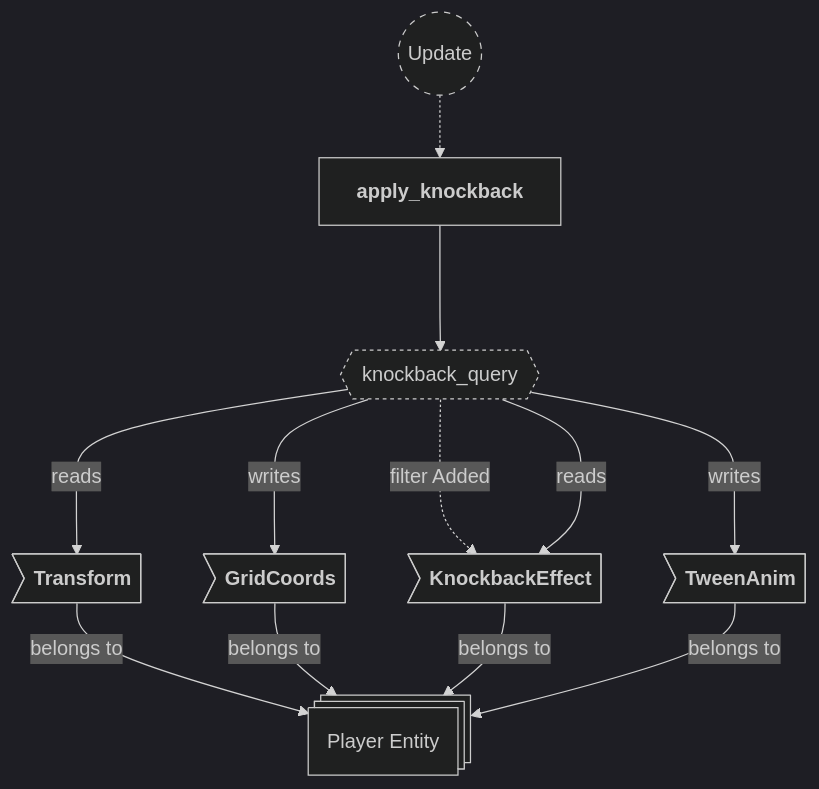
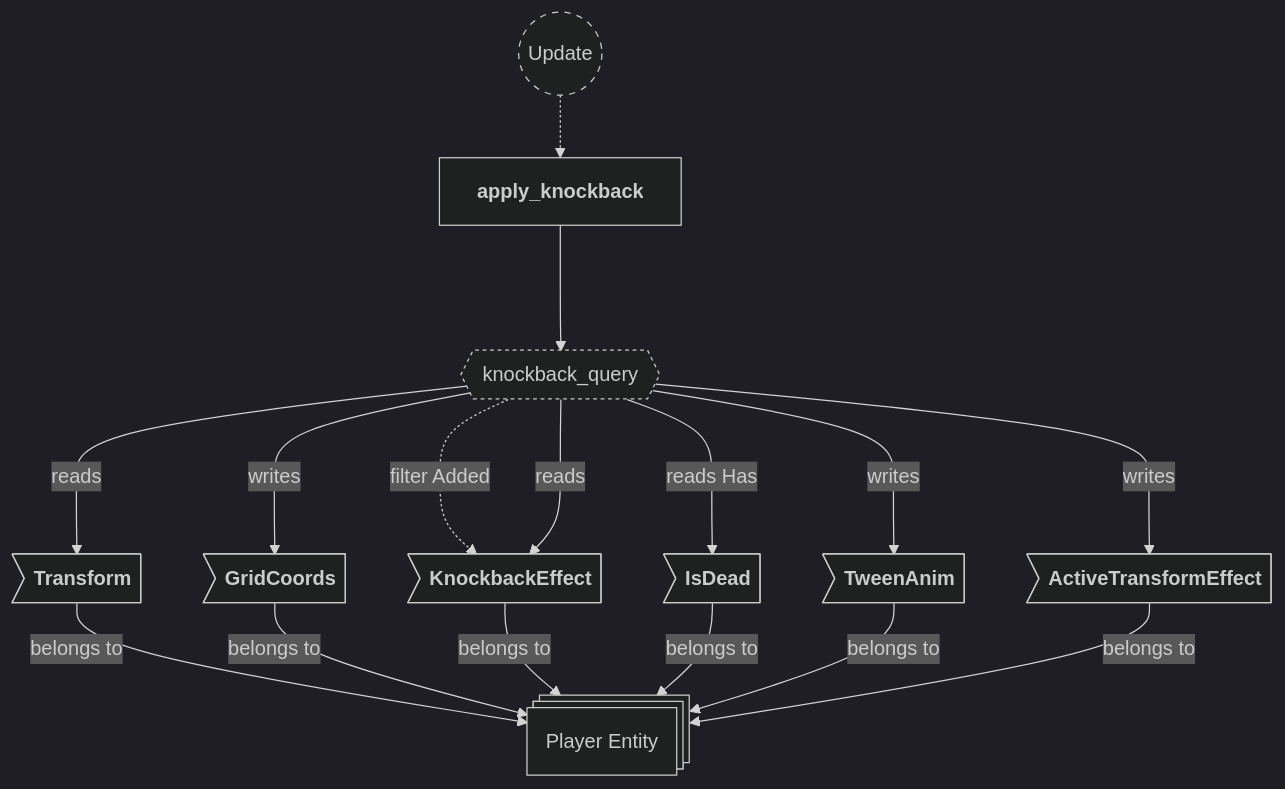
The first of 25 diagrams in backlog/docs/doc-10 - 008-Effects-plugin.md (neurosoup/tyled), drawn with Mermaid before and after one commit. The commit also changed other lines of this file and 14 other files, not shown here.

First line of the commit message:
Add beam-origin illumination and fix knockback transform-effect race

````diff
--- a/backlog/docs/doc-10 - 008-Effects-plugin.md
+++ b/backlog/docs/doc-10 - 008-Effects-plugin.md
@@ -82,31 +146,35 @@
 ```mermaid
 ---
 config:
   theme: dark
 ---
 
 flowchart TD
 classDef system-group stroke-dasharray: 5 5
 classDef query stroke-dasharray: 3 3
 
 update(("`Update`")):::system-group
 apply_knockback["`**apply_knockback**`"]
 
 update -.-> apply_knockback
 
 knockback_query{{"`knockback_query`"}}:::query
 apply_knockback ---> knockback_query
 
 player_entity@{ shape: st-rect, label: "Player Entity" }
 
 pe_transform>"`**Transform**`"] --> |belongs to| player_entity
 pe_coords>"`**GridCoords**`"] --> |belongs to| player_entity
 pe_knockback>"`**KnockbackEffect**`"] --> |belongs to| player_entity
+pe_is_dead>"`**IsDead**`"] --> |belongs to| player_entity
 pe_tween>"`**TweenAnim**`"] --> |belongs to| player_entity
+pe_active>"`**ActiveTransformEffect**`"] --> |belongs to| player_entity
 
 knockback_query ---> |reads| pe_transform
 knockback_query -..-> |filter Added| pe_knockback
 knockback_query ---> |reads| pe_knockback
+knockback_query ---> |reads Has| pe_is_dead
 knockback_query ---> |writes| pe_coords
 knockback_query ---> |writes| pe_tween
+knockback_query ---> |writes| pe_active
 ```
````
